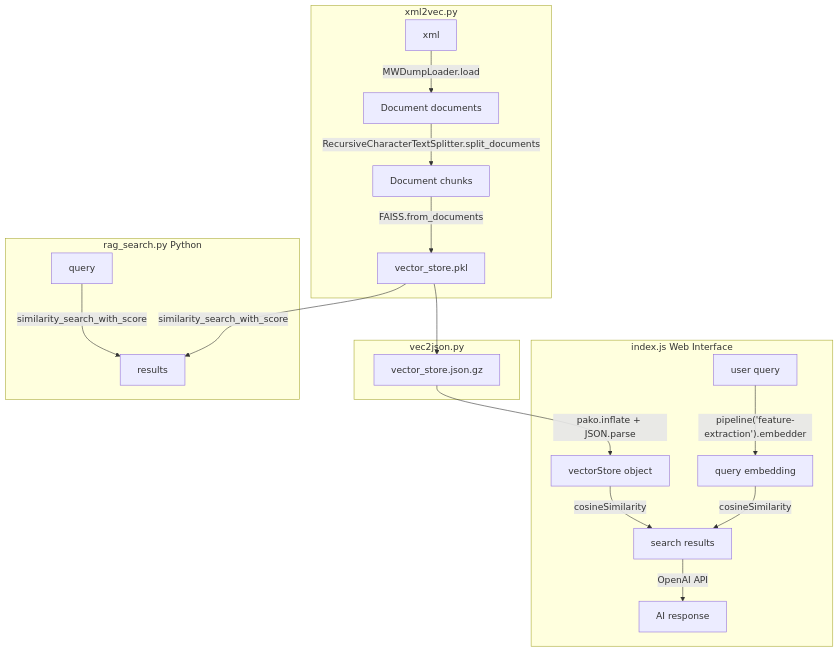
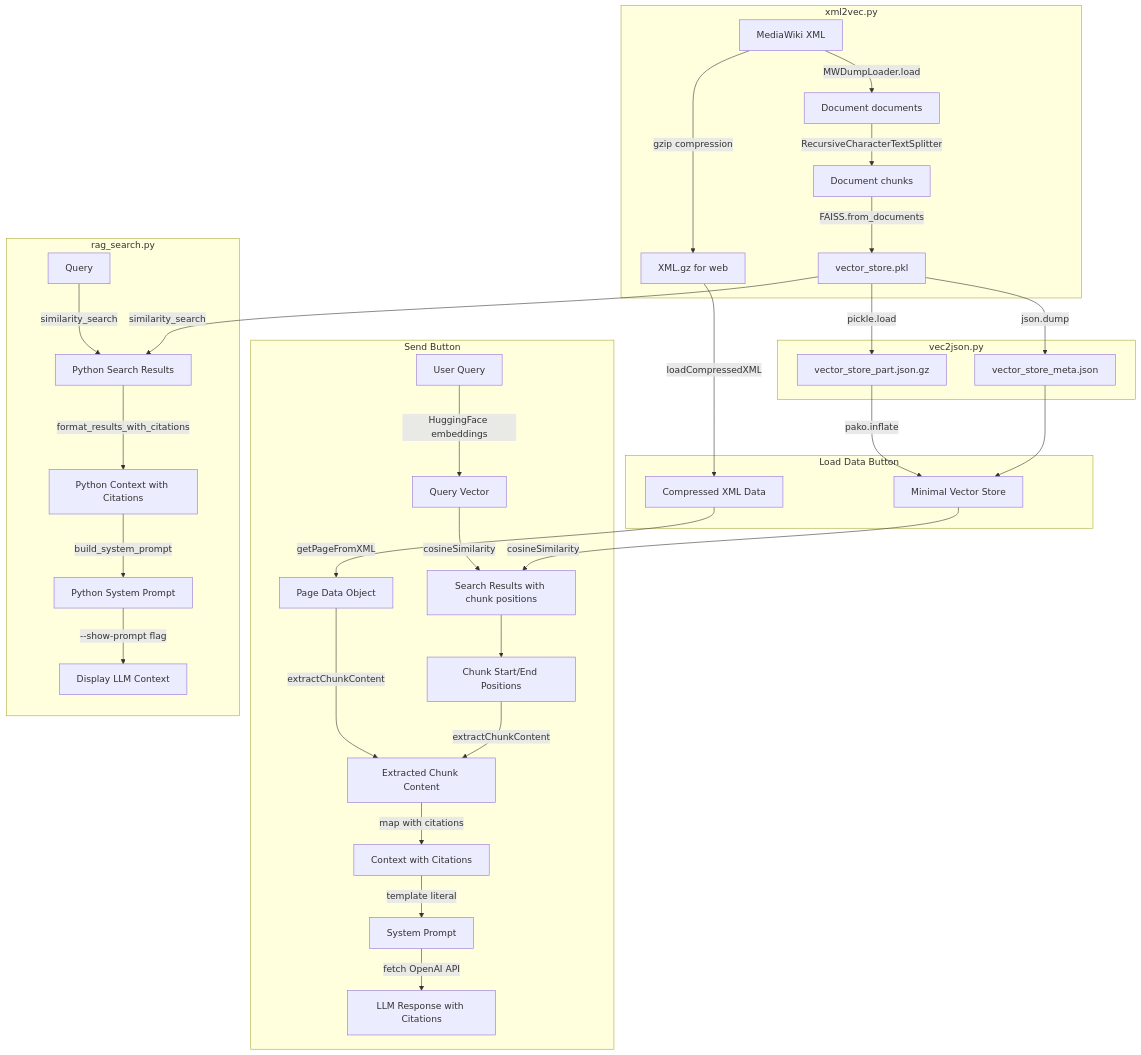
One commit to koteitan/googolbook-lm changed the diagram in tools/rag/README.md. Above: the diagram before and after it, drawn with Mermaid. The commit also changed 10 other files, not shown here.

First line of the commit message:
Add comprehensive system architecture diagram and common prompt library

````diff
--- a/tools/rag/README.md
+++ b/tools/rag/README.md
@@ -9,25 +9,45 @@
 ```mermaid
+%% Rule of mermaind
+%% - The object is written as vertex.
+%% - The function or process are written as edge.
+%% - The subgraph is user operation to run.
 graph TD
     subgraph xml2vec["xml2vec.py"]
-        A[xml] -->|MWDumpLoader.load| B[Document documents]
-        B -->|RecursiveCharacterTextSplitter.split_documents| C[Document chunks]
+        A[MediaWiki XML] -->|MWDumpLoader.load| B[Document documents]
+        B -->|RecursiveCharacterTextSplitter| C[Document chunks]
         C -->|FAISS.from_documents| D[vector_store.pkl]
+        A -->|gzip compression| E[XML.gz for web]
     end
     
     subgraph vec2json["vec2json.py"]
-        D --> G[vector_store.json.gz]
+        D -->|pickle.load| F[vector_store_part.json.gz]
+        D -->|json.dump| G[vector_store_meta.json]
     end
     
-    subgraph web_interface["index.js Web Interface"]
-        G -->|pako.inflate + JSON.parse| H[vectorStore object]
-        I[user query] -->|"pipeline('feature-extraction').embedder"| J[query embedding]
-        H -->|cosineSimilarity| K[search results]
-        J -->|cosineSimilarity| K
-        K -->|OpenAI API| L[AI response]
+    subgraph load_data["Load Data Button"]
+        F -->|pako.inflate| H[Minimal Vector Store]
+        G --> H
+        E -->|loadCompressedXML| I[Compressed XML Data]
     end
     
-    subgraph python_search["rag_search.py Python"]
-        E[query] -->|similarity_search_with_score| F[results]
-        D -->|similarity_search_with_score| F
+    subgraph send_button["Send Button"]
+        J[User Query] -->|HuggingFace embeddings| K[Query Vector]
+        K -->|cosineSimilarity| L[Search Results with chunk positions]
+        H -->|cosineSimilarity| L
+        I -->|getPageFromXML| M[Page Data Object]
+        L --> N[Chunk Start/End Positions]
+        M -->|extractChunkContent| O[Extracted Chunk Content]
+        N -->|extractChunkContent| O
+        O -->|map with citations| P[Context with Citations]
+        P -->|template literal| Q[System Prompt]
+        Q -->|fetch OpenAI API| R[LLM Response with Citations]
+    end
+    
+    subgraph python_search["rag_search.py"]
+        S[Query] -->|similarity_search| T[Python Search Results]
+        D -->|similarity_search| T
+        T -->|format_results_with_citations| U[Python Context with Citations]
+        U -->|build_system_prompt| V[Python System Prompt]
+        V -->|--show-prompt flag| W[Display LLM Context]
     end
 ```
````
